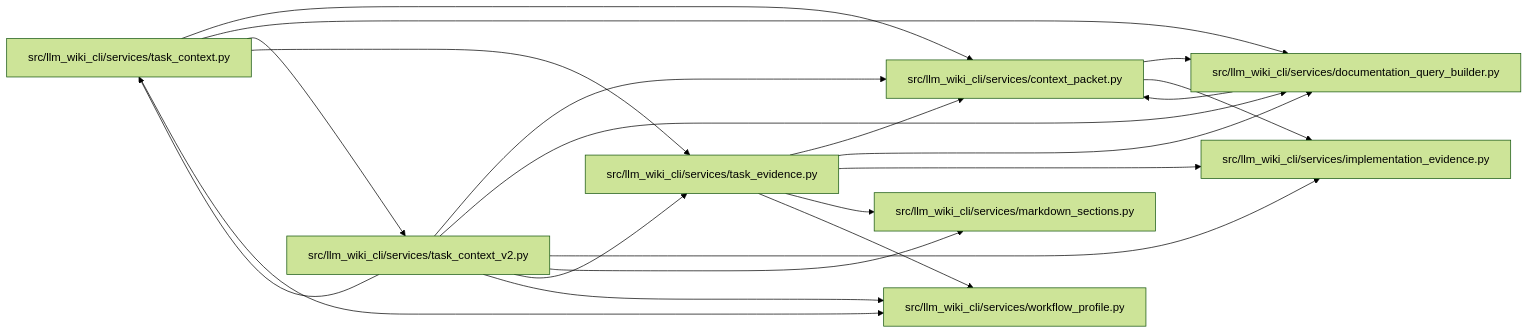
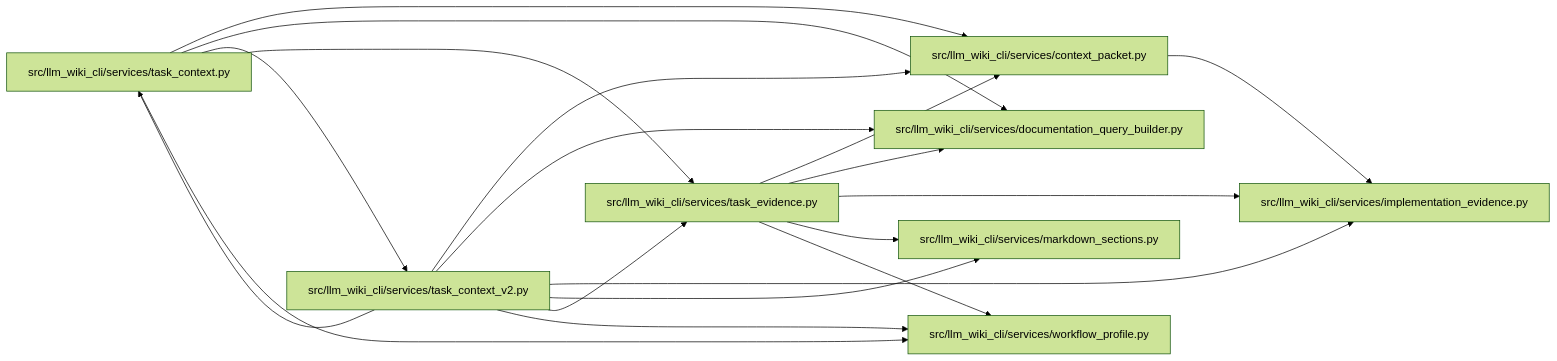
Before and after one commit to Denissvgn/python-wiki-llm: the diagram in docs/llm_wiki/modules/task_evidence.md, drawn with Mermaid (forest theme). The commit also changed 1555 other files, not shown here.

````diff
--- a/docs/llm_wiki/modules/task_evidence.md
+++ b/docs/llm_wiki/modules/task_evidence.md
@@ -25,39 +25,37 @@
 ```mermaid
 flowchart LR
     n0["src/llm_wiki_cli/services/context_packet.py"]
     n1["src/llm_wiki_cli/services/documentation_query_builder.py"]
     n2["src/llm_wiki_cli/services/implementation_evidence.py"]
     n3["src/llm_wiki_cli/services/markdown_sections.py"]
     n4["src/llm_wiki_cli/services/task_context.py"]
     n5["src/llm_wiki_cli/services/task_context_v2.py"]
     n6["src/llm_wiki_cli/services/task_evidence.py"]
     n7["src/llm_wiki_cli/services/workflow_profile.py"]
-    n0 --> n1
     n0 --> n2
-    n1 --> n0
     n4 --> n0
     n4 --> n1
     n4 --> n5
     n4 --> n6
     n4 --> n7
     n5 --> n0
     n5 --> n1
     n5 --> n2
     n5 --> n3
     n5 --> n4
     n5 --> n6
     n5 --> n7
     n6 --> n0
     n6 --> n1
     n6 --> n2
     n6 --> n3
     n6 --> n7
     click n0 "../modules/context_packet.md"
     click n1 "../modules/documentation_query_builder.md"
     click n2 "../modules/implementation_evidence.md"
     click n3 "../modules/markdown_sections.md"
     click n4 "../modules/task_context.md"
     click n5 "../modules/task_context_v2.md"
     click n6 "../modules/task_evidence.md"
     click n7 "../modules/workflow_profile.md"
 ```
````
